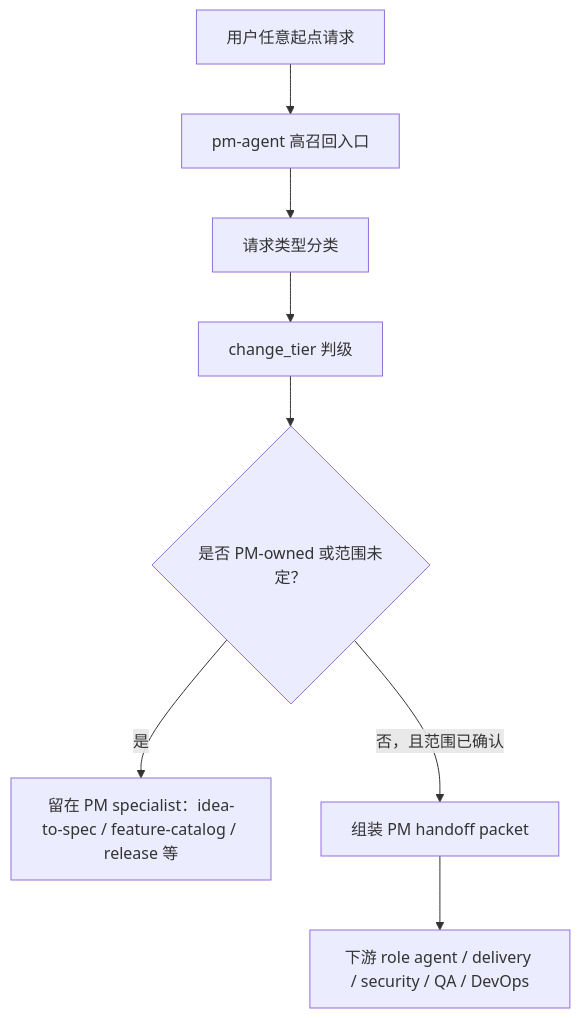
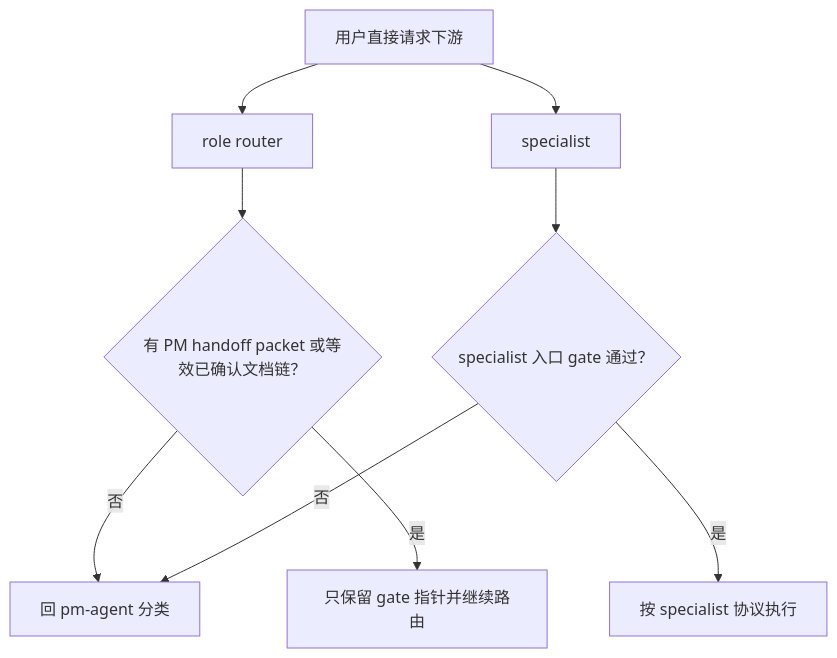
The diagram in docs/engineer/repository-governance/pm-single-entry/IMPLEMENTATION_PLAN.md (Neplich/dev-agent-skills), drawn with Mermaid before and after one commit. The commit also changed other lines of this file and 39 other files, not shown here.

First line of the commit message:
refactor: gate 唯一副本下沉 specialist 并瘦身 SKILL.md

````diff
--- a/docs/engineer/repository-governance/pm-single-entry/IMPLEMENTATION_PLAN.md
+++ b/docs/engineer/repository-governance/pm-single-entry/IMPLEMENTATION_PLAN.md
@@ -93,10 +78,11 @@
 ```mermaid
 flowchart TD
-    U["用户任意起点请求"] --> P["pm-agent 高召回入口"]
-    P --> C["请求类型分类"]
-    C --> T["change_tier 判级"]
-    T --> D{"是否 PM-owned 或范围未定？"}
-    D -->|"是"| PM["留在 PM specialist：idea-to-spec / feature-catalog / release 等"]
-    D -->|"否，且范围已确认"| H["组装 PM handoff packet"]
-    H --> R["下游 role agent / delivery / security / QA / DevOps"]
+    U["用户直接请求下游"] --> R["role router"]
+    U --> S["specialist"]
+    R --> G1{"有 PM handoff packet 或等效已确认文档链？"}
+    S --> G2{"specialist 入口 gate 通过？"}
+    G1 -->|"否"| PM["回 pm-agent 分类"]
+    G1 -->|"是"| P["只保留 gate 指针并继续路由"]
+    G2 -->|"否"| PM
+    G2 -->|"是"| X["按 specialist 协议执行"]
 ```
````
